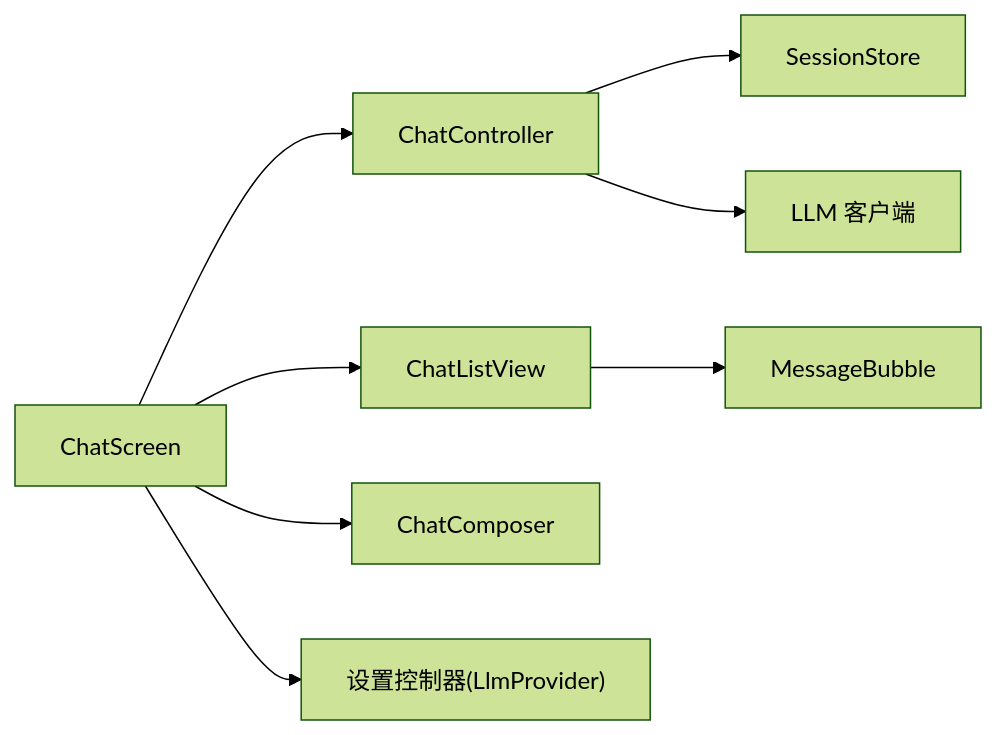
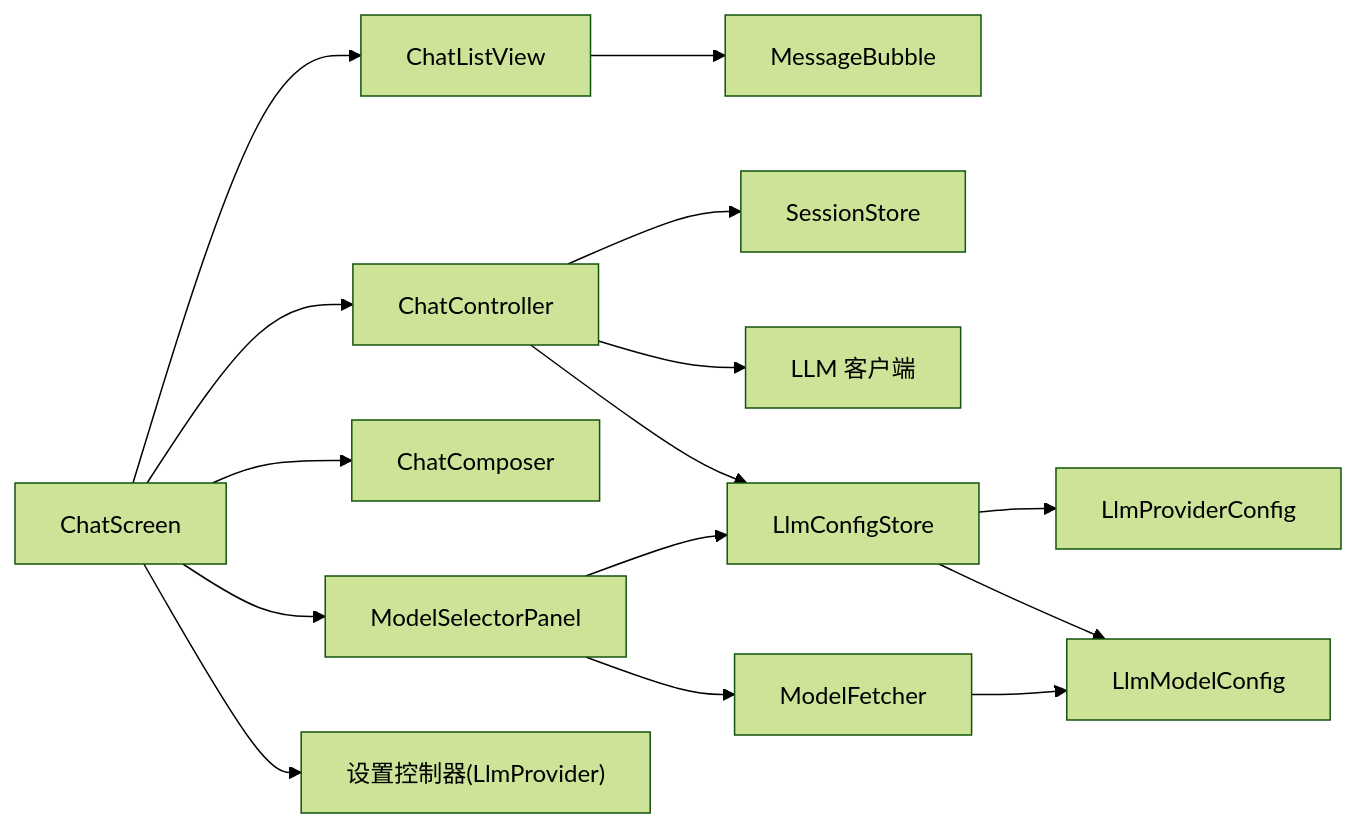
The ninth of 9 diagrams in .qoder/repowiki/zh/content/核心功能模块/对话管理系统/聊天界面组件.md (Ykworm/thktree), drawn with Mermaid (forest theme) before and after one commit. The commit also changed other lines of this file and 45 other files, not shown here.

````diff
--- a/.qoder/repowiki/zh/content/核心功能模块/对话管理系统/聊天界面组件.md
+++ b/.qoder/repowiki/zh/content/核心功能模块/对话管理系统/聊天界面组件.md
@@ -272,10 +447,17 @@
 ```mermaid
 graph LR
 CS["ChatScreen"] --> CC["ChatController"]
 CS --> CLV["ChatListView"]
 CS --> CCOM["ChatComposer"]
+CS --> MSP["ModelSelectorPanel"]
 CLV --> MC["MessageBubble"]
 CC --> Store["SessionStore"]
 CC --> LLM["LLM 客户端"]
+CC --> LCS["LlmConfigStore"]
+LCS --> LPC["LlmProviderConfig"]
+LCS --> LMC["LlmModelConfig"]
+MSP --> LCS
+MSP --> MF["ModelFetcher"]
+MF --> LMC
 CS --> Settings["设置控制器(LlmProvider)"]
 ```
````
